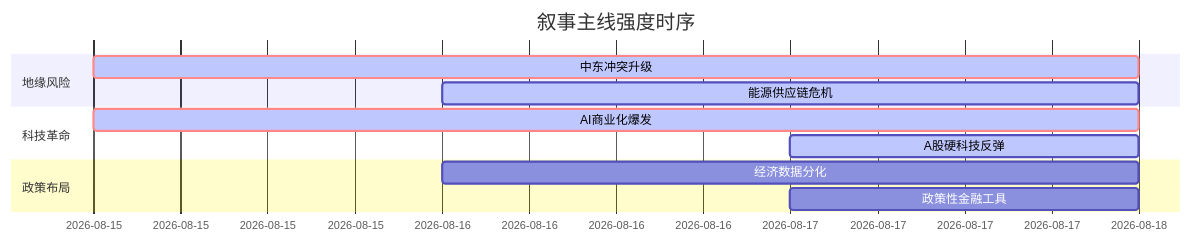
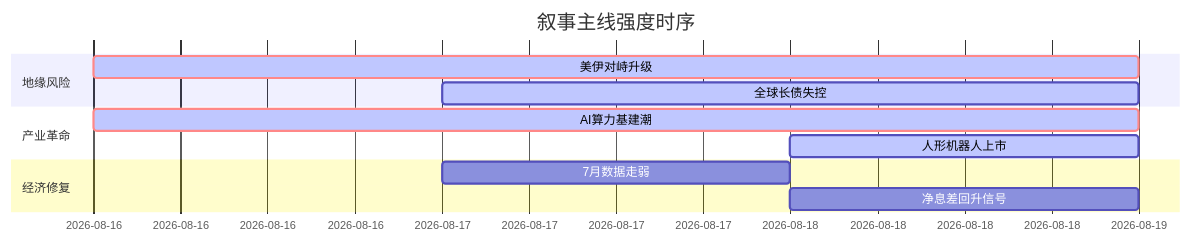
One commit to uu5zn/uu5zn.github.io changed the diagram in 5day_report.md. Above: the diagram before and after it, drawn with Mermaid. The commit also changed other lines of this file and 24 other files, not shown here.

````diff
--- a/5day_report.md
+++ b/5day_report.md
@@ -61,16 +58,16 @@
 ```mermaid
 gantt
     title 叙事主线强度时序
     dateFormat YYYY-MM-DD
     section 地缘风险
-    中东冲突升级   :crit, active, 2026-08-15, 3d
-    能源供应链危机   :active, 2026-08-16, 2d
+    美伊对峙升级   :crit, active, 2026-08-16, 3d
+    全球长债失控   :active, 2026-08-17, 2d
     
-    section 科技革命
-    AI商业化爆发   :crit, active, 2026-08-15, 3d
-    A股硬科技反弹   :active, 2026-08-17, 1d
+    section 产业革命
+    AI算力基建潮   :crit, active, 2026-08-16, 3d
+    人形机器人上市 :active, 2026-08-18, 1d
     
-    section 政策布局
-    经济数据分化   :2026-08-16, 2d
-    政策性金融工具   :2026-08-17, 1d
+    section 经济修复
+    7月数据走弱   :2026-08-17, 1d
+    净息差回升信号 :2026-08-18, 1d
 ```
````
